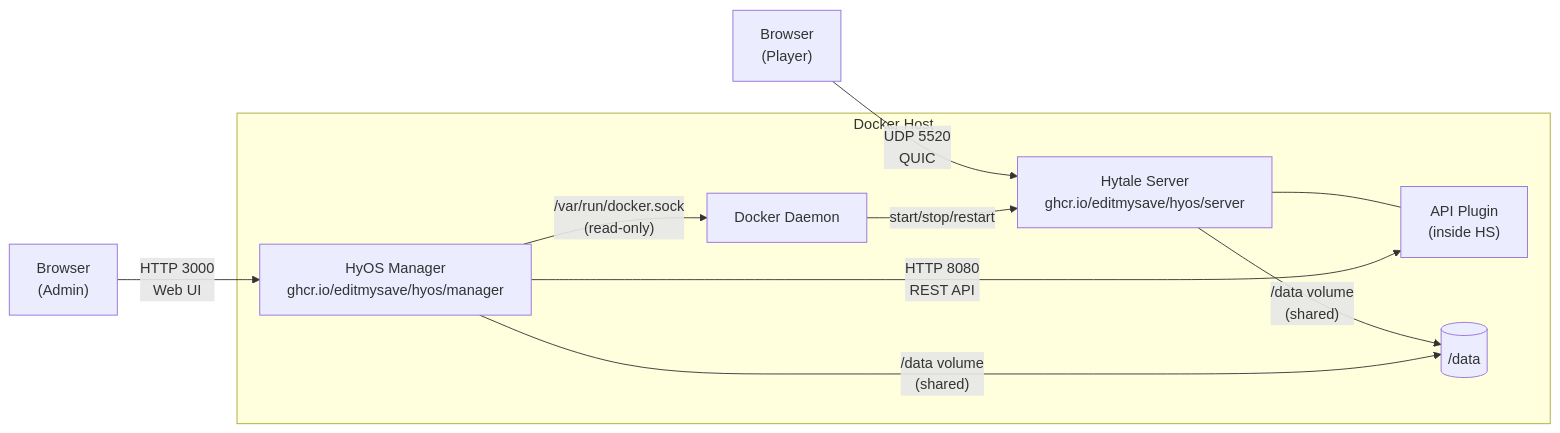
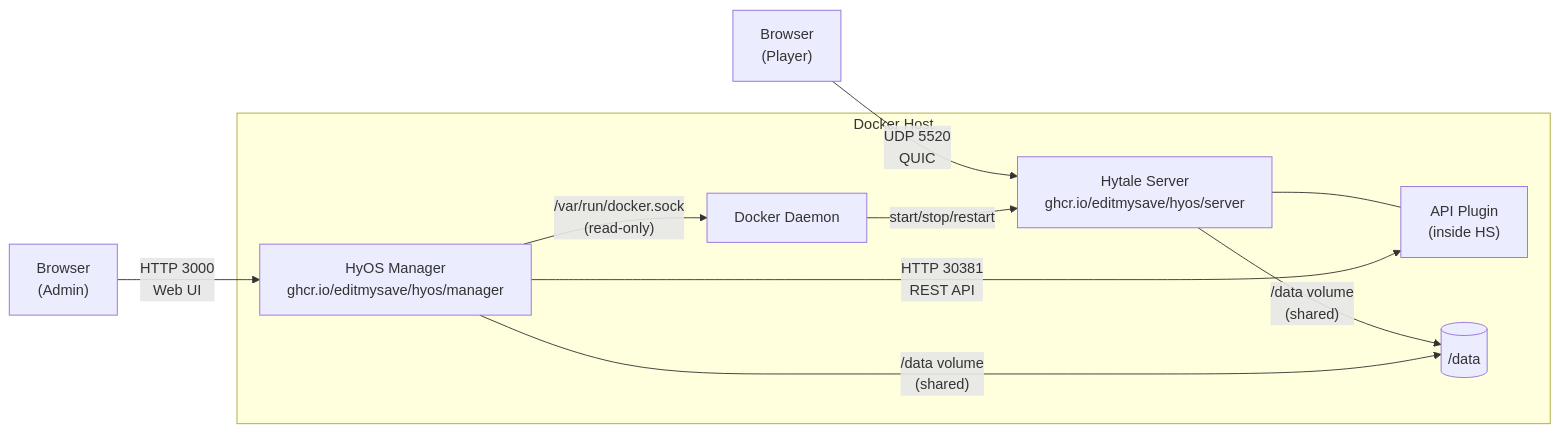
Before and after one commit to EditMySave/HyOS: the first of 3 diagrams in website/content/docs/architecture/overview.mdx, drawn with Mermaid. The commit also changed other lines of this file and 18 other files, not shown here.

````diff
--- a/website/content/docs/architecture/overview.mdx
+++ b/website/content/docs/architecture/overview.mdx
@@ -22,19 +22,19 @@
 ```mermaid
 graph LR
     Browser["Browser<br/>(Player)"] -- "UDP 5520<br/>QUIC" --> HS
 
     subgraph Docker["Docker Host"]
         HS["Hytale Server<br/>ghcr.io/editmysave/hyos/server"]
         API["API Plugin<br/>(inside HS)"]
         MGR["HyOS Manager<br/>ghcr.io/editmysave/hyos/manager"]
 
         HS --- API
-        MGR -- "HTTP 8080<br/>REST API" --> API
+        MGR -- "HTTP 30381<br/>REST API" --> API
         MGR -- "/var/run/docker.sock<br/>(read-only)" --> Docker_Daemon["Docker Daemon"]
         HS -- "/data volume<br/>(shared)" --> Vol[("/data")]
         MGR -- "/data volume<br/>(shared)" --> Vol
     end
 
     Admin["Browser<br/>(Admin)"] -- "HTTP 3000<br/>Web UI" --> MGR
     Docker_Daemon -- "start/stop/restart" --> HS
 ```
````
